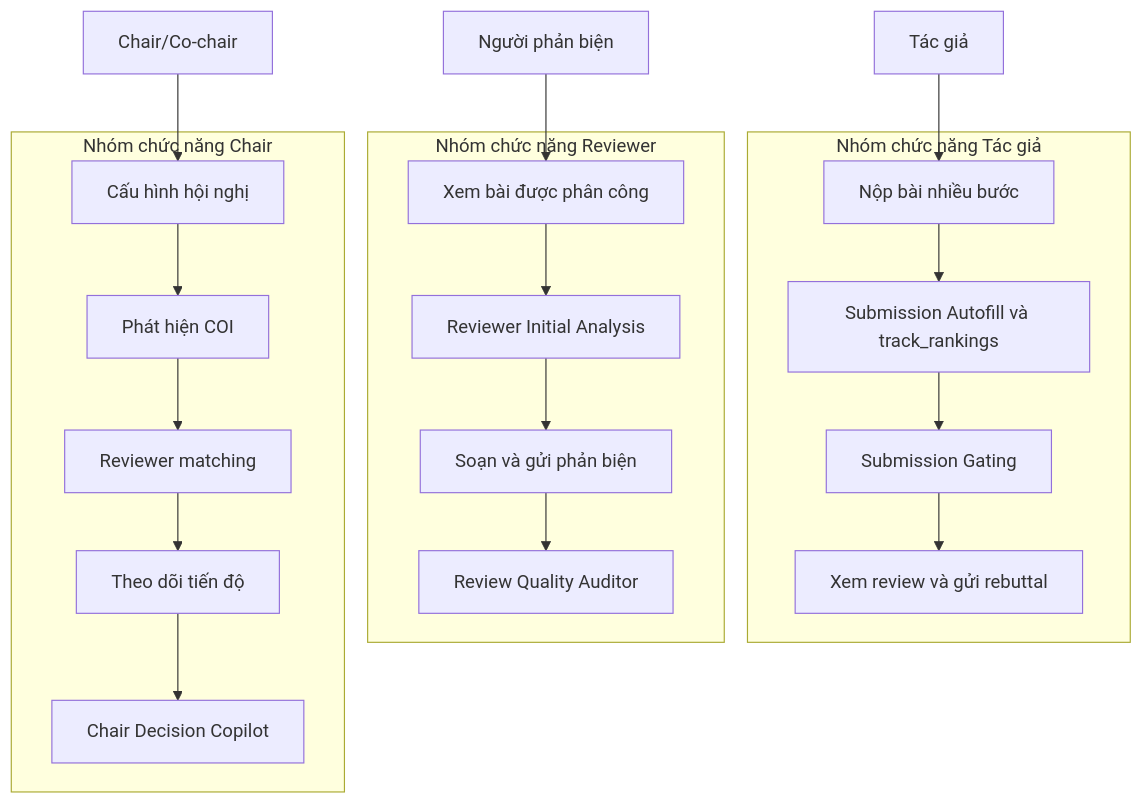
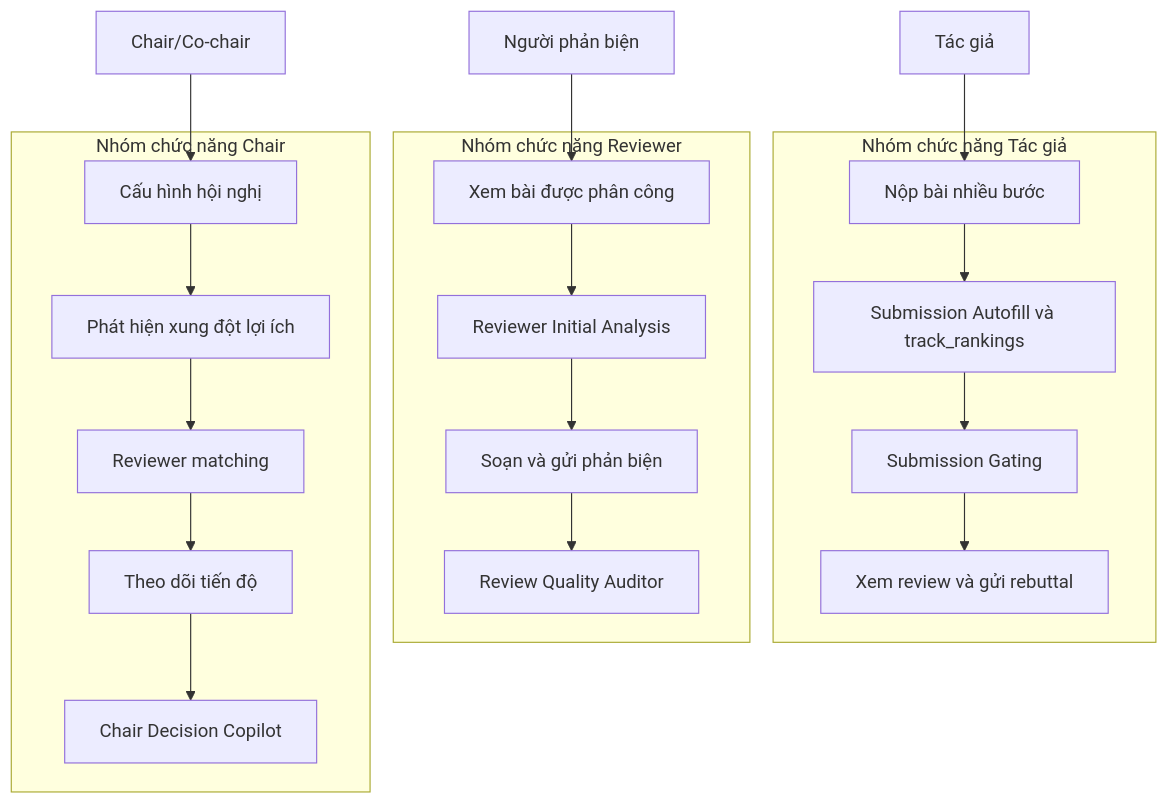
One commit to 5CLCsCan/ConferenceSpace changed the second of 19 diagrams in docs/report/compiled/final_combined/03-xay-dung-he-thong.md. Above: the diagram before and after it, drawn with Mermaid. The commit also changed other lines of this file and 4 other files, not shown here.

````diff
--- a/docs/report/compiled/final_combined/03-xay-dung-he-thong.md
+++ b/docs/report/compiled/final_combined/03-xay-dung-he-thong.md
@@ -87,32 +99,32 @@
 ```mermaid
 flowchart TD
     Author["Tác giả"]
     Reviewer["Người phản biện"]
     Chair["Chair/Co-chair"]
 
     subgraph A["Nhóm chức năng Tác giả"]
         A1["Nộp bài nhiều bước"]
         A2["Submission Autofill và track_rankings"]
         A3["Submission Gating"]
         A4["Xem review và gửi rebuttal"]
     end
 
     subgraph R["Nhóm chức năng Reviewer"]
         R1["Xem bài được phân công"]
         R2["Reviewer Initial Analysis"]
         R3["Soạn và gửi phản biện"]
         R4["Review Quality Auditor"]
     end
 
     subgraph C["Nhóm chức năng Chair"]
         C1["Cấu hình hội nghị"]
-        C2["Phát hiện COI"]
+        C2["Phát hiện xung đột lợi ích"]
         C3["Reviewer matching"]
         C4["Theo dõi tiến độ"]
         C5["Chair Decision Copilot"]
     end
 
     Author --> A1 --> A2 --> A3 --> A4
     Reviewer --> R1 --> R2 --> R3 --> R4
     Chair --> C1 --> C2 --> C3 --> C4 --> C5
 ```
````
